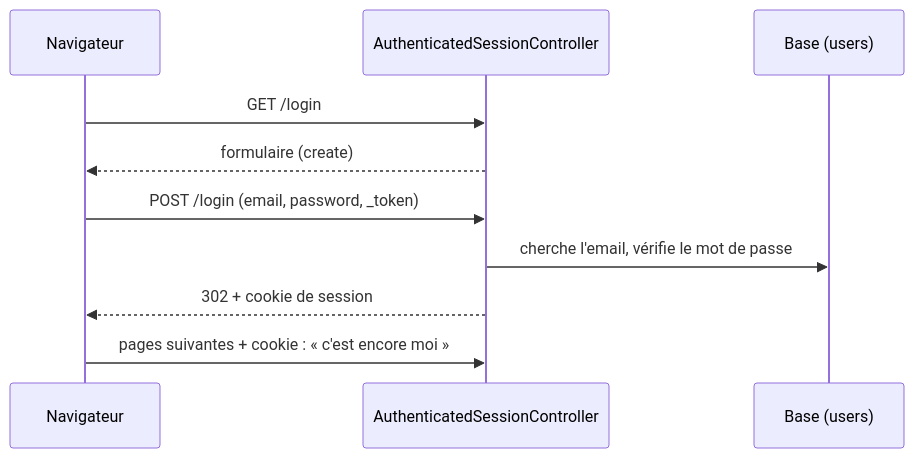
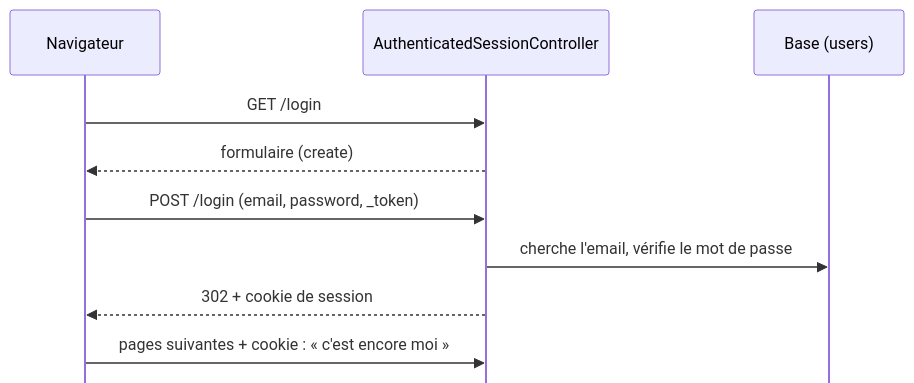
Before and after one commit to Maus3rSR/K.School: the third of 3 diagrams in courses/Framework/sections/06-authentification/02-connexion.md, drawn with Mermaid. The commit also changed other lines of this file and 2 other files, not shown here.

````diff
--- a/courses/Framework/sections/06-authentification/02-connexion.md
+++ b/courses/Framework/sections/06-authentification/02-connexion.md
@@ -59,12 +58,13 @@
-```mermaid {scale: 0.75}
+```mermaid {scale: 0.7}
+%%{init: {'sequence': {'mirrorActors': false}}}%%
 sequenceDiagram
     participant N as Navigateur
     participant C as AuthenticatedSessionController
     participant B as Base (users)
     N->>C: GET /login
     C-->>N: formulaire (create)
     N->>C: POST /login (email, password, _token)
     C->>B: cherche l'email, vérifie le mot de passe
     C-->>N: 302 + cookie de session
     N->>C: pages suivantes + cookie : « c'est encore moi »
 ```
````
